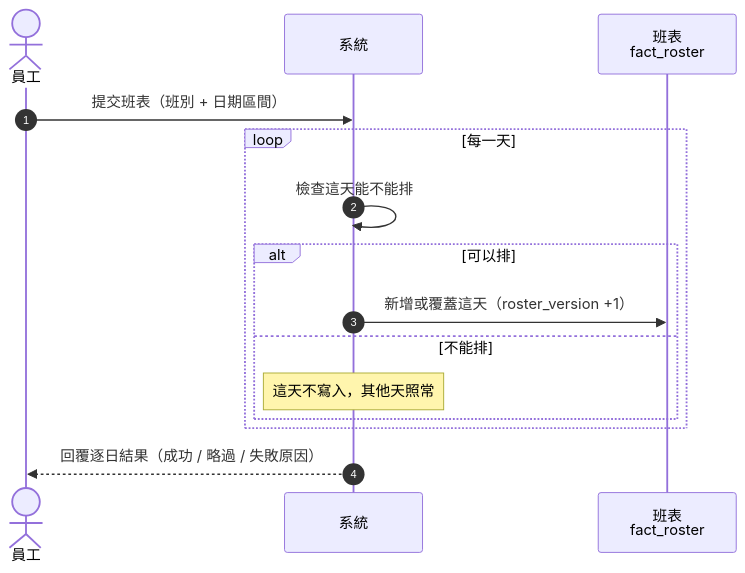
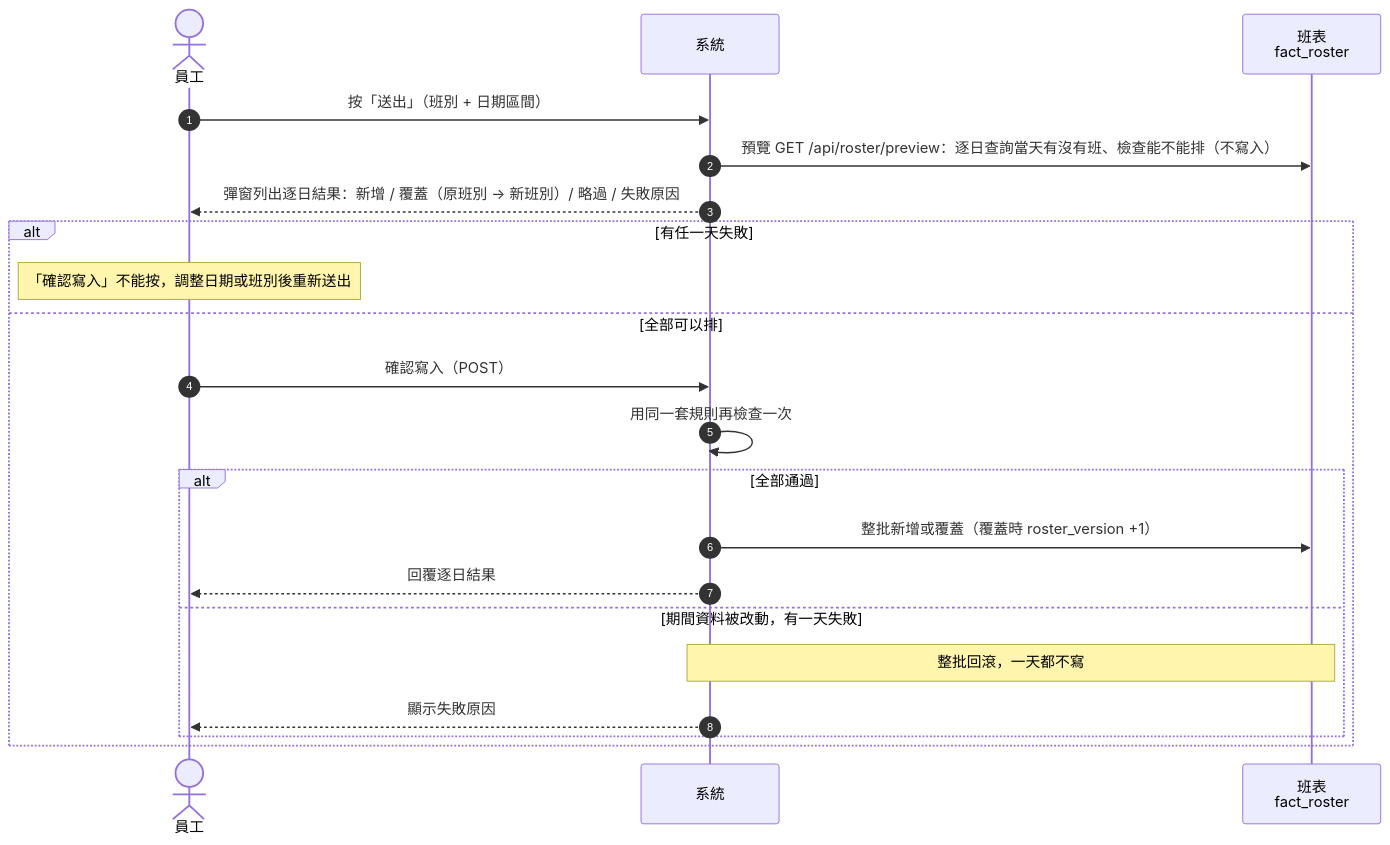
One commit to 01080710/roster changed the first of 7 diagrams in structure.md. Above: the diagram before and after it, drawn with Mermaid. The commit also changed other lines of this file and 14 other files, not shown here.

````diff
--- a/structure.md
+++ b/structure.md
@@ -51,18 +51,24 @@
 ```mermaid
 sequenceDiagram
     autonumber
     actor E as 員工
     participant S as 系統
     participant R as 班表<br/>fact_roster
 
-    E->>S: 提交班表（班別 + 日期區間）
-    loop 每一天
-        S->>S: 檢查這天能不能排
-        alt 可以排
-            S->>R: 新增或覆蓋這天（roster_version +1）
-        else 不能排
-            Note over S: 這天不寫入，其他天照常
+    E->>S: 按「送出」（班別 + 日期區間）
+    S->>R: 預覽 GET /api/roster/preview：逐日查詢當天有沒有班、檢查能不能排（不寫入）
+    S-->>E: 彈窗列出逐日結果：新增 / 覆蓋（原班別 → 新班別）/ 略過 / 失敗原因
+    alt 有任一天失敗
+        Note over E: 「確認寫入」不能按，調整日期或班別後重新送出
+    else 全部可以排
+        E->>S: 確認寫入（POST）
+        S->>S: 用同一套規則再檢查一次
+        alt 全部通過
+            S->>R: 整批新增或覆蓋（覆蓋時 roster_version +1）
+            S-->>E: 回覆逐日結果
+        else 期間資料被改動，有一天失敗
+            Note over S,R: 整批回滾，一天都不寫
+            S-->>E: 顯示失敗原因
         end
     end
-    S-->>E: 回覆逐日結果（成功 / 略過 / 失敗原因）
 ```
````
